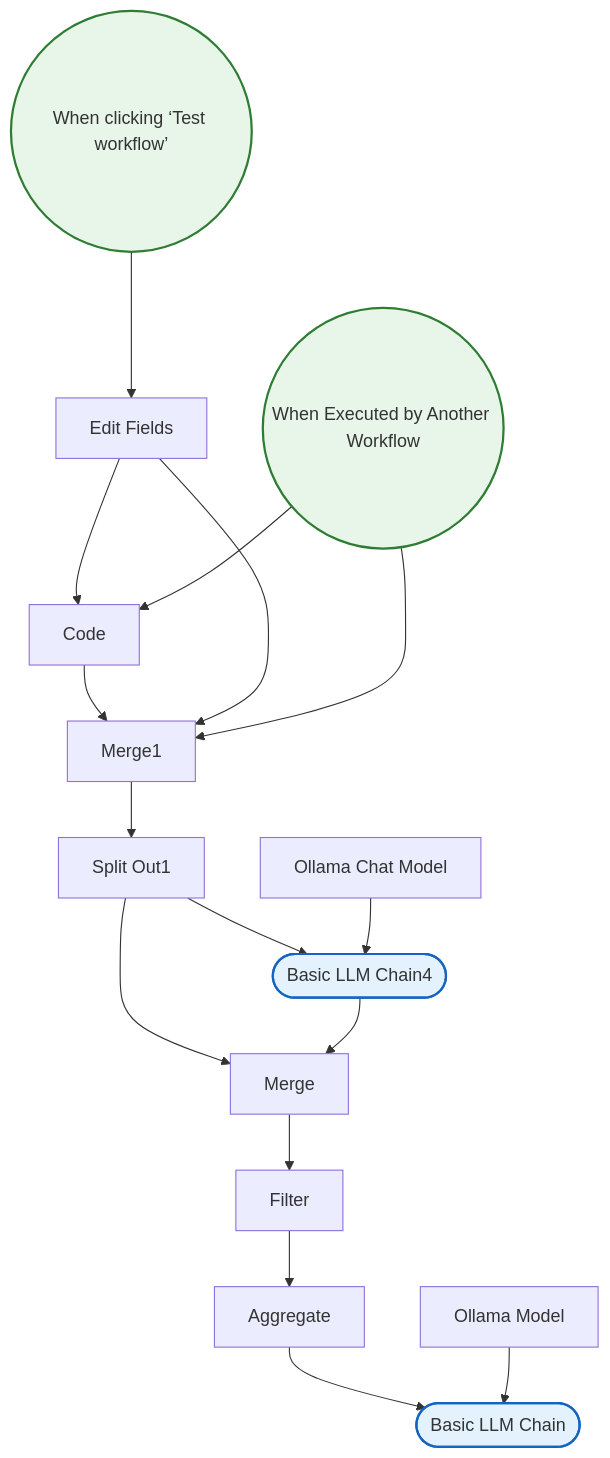
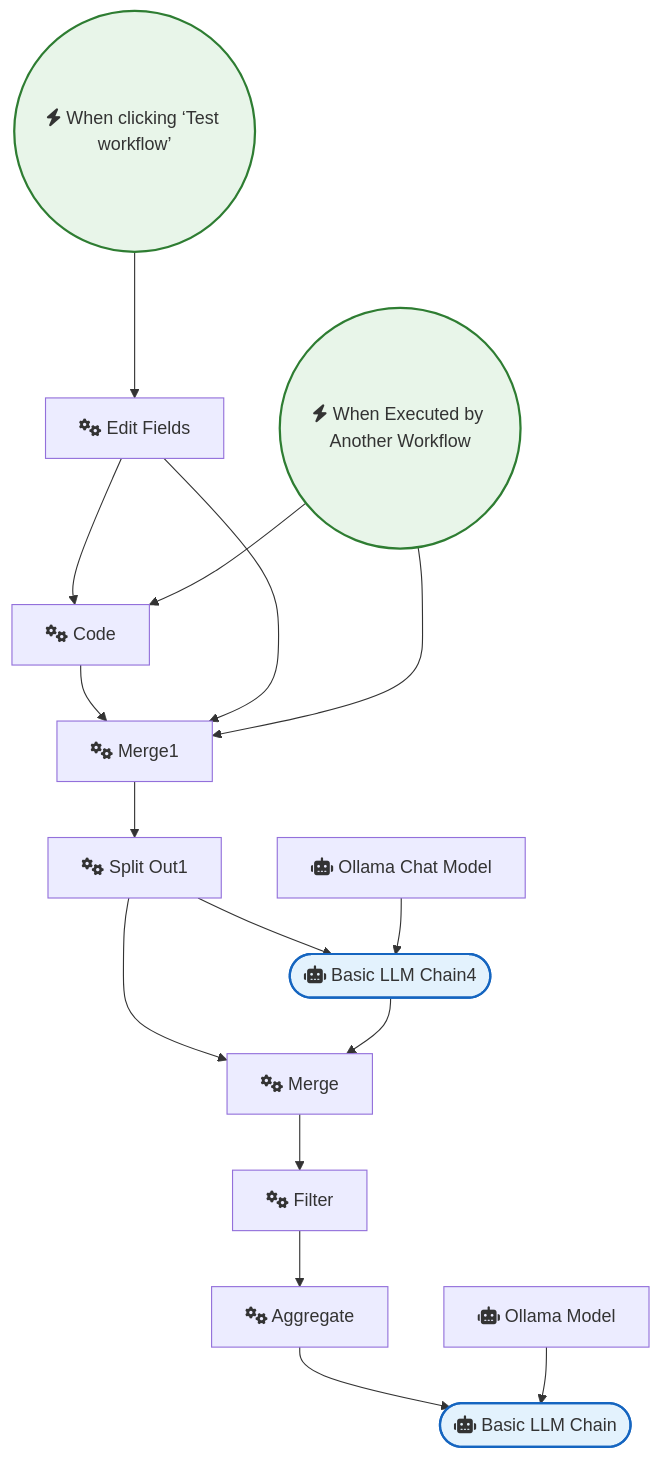
The diagram in OpenAI_and_LLMs/Detect hallucinations using specialised Ollama model bespoke-minicheck.md (sreyash3105/N8N-DEMO-AUTOMATIONS), drawn with Mermaid before and after one commit. The commit also changed 291 other files, not shown here.

````diff
--- a/OpenAI_and_LLMs/Detect hallucinations using specialised Ollama model bespoke-minicheck.md
+++ b/OpenAI_and_LLMs/Detect hallucinations using specialised Ollama model bespoke-minicheck.md
@@ -1,36 +1,36 @@
 ```mermaid
 graph TD
     classDef trigger fill:#e8f5e9,stroke:#2e7d32,stroke-width:2px;
     classDef ai fill:#e3f2fd,stroke:#1565c0,stroke-width:2px;
     classDef logic fill:#fff3e0,stroke:#ef6c00,stroke-width:2px;
 
-    Code["Code"]
-    Split_Out1["Split Out1"]
-    Basic_LLM_Chain4(["Basic LLM Chain4"]):::ai
-    Ollama_Chat_Model["Ollama Chat Model"]
-    When_clicking__Test_workflow_(("When clicking ‘Test workflow’")):::trigger
-    Edit_Fields["Edit Fields"]
-    Merge["Merge"]
-    Filter["Filter"]
-    When_Executed_by_Another_Workflow(("When Executed by Another Workflow")):::trigger
-    Aggregate["Aggregate"]
-    Merge1["Merge1"]
-    Basic_LLM_Chain(["Basic LLM Chain"]):::ai
-    Ollama_Model["Ollama Model"]
+    Code["fas:fa-cogs Code"]
+    Split_Out1["fas:fa-cogs Split Out1"]
+    Basic_LLM_Chain4(["fas:fa-robot Basic LLM Chain4"]):::ai
+    Ollama_Chat_Model["fas:fa-robot Ollama Chat Model"]
+    When_clicking__Test_workflow_(("fas:fa-bolt When clicking ‘Test workflow’")):::trigger
+    Edit_Fields["fas:fa-cogs Edit Fields"]
+    Merge["fas:fa-cogs Merge"]
+    Filter["fas:fa-cogs Filter"]
+    When_Executed_by_Another_Workflow(("fas:fa-bolt When Executed by Another Workflow")):::trigger
+    Aggregate["fas:fa-cogs Aggregate"]
+    Merge1["fas:fa-cogs Merge1"]
+    Basic_LLM_Chain(["fas:fa-robot Basic LLM Chain"]):::ai
+    Ollama_Model["fas:fa-robot Ollama Model"]
 
     Code --> Merge1
     Merge --> Filter
     Filter --> Aggregate
     Merge1 --> Split_Out1
     Aggregate --> Basic_LLM_Chain
     Split_Out1 --> Merge
     Split_Out1 --> Basic_LLM_Chain4
     Edit_Fields --> Code
     Edit_Fields --> Merge1
     Ollama_Model --> Basic_LLM_Chain
     Basic_LLM_Chain4 --> Merge
     Ollama_Chat_Model --> Basic_LLM_Chain4
     When_Executed_by_Another_Workflow --> Code
     When_Executed_by_Another_Workflow --> Merge1
     When_clicking__Test_workflow_ --> Edit_Fields
 ```
````
